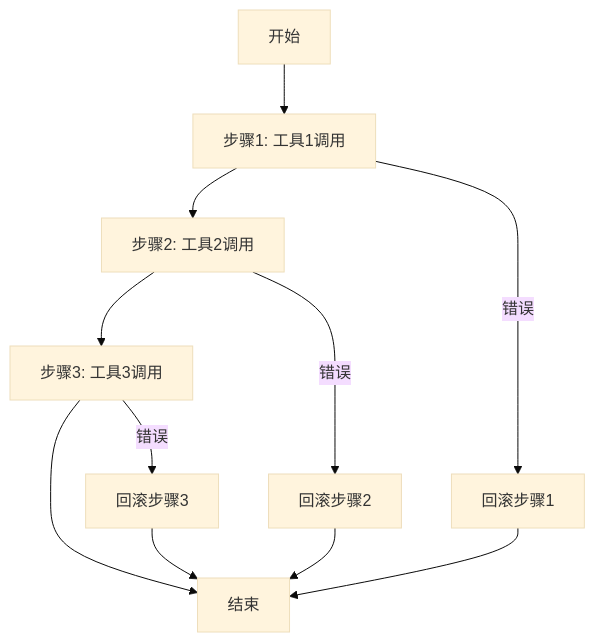
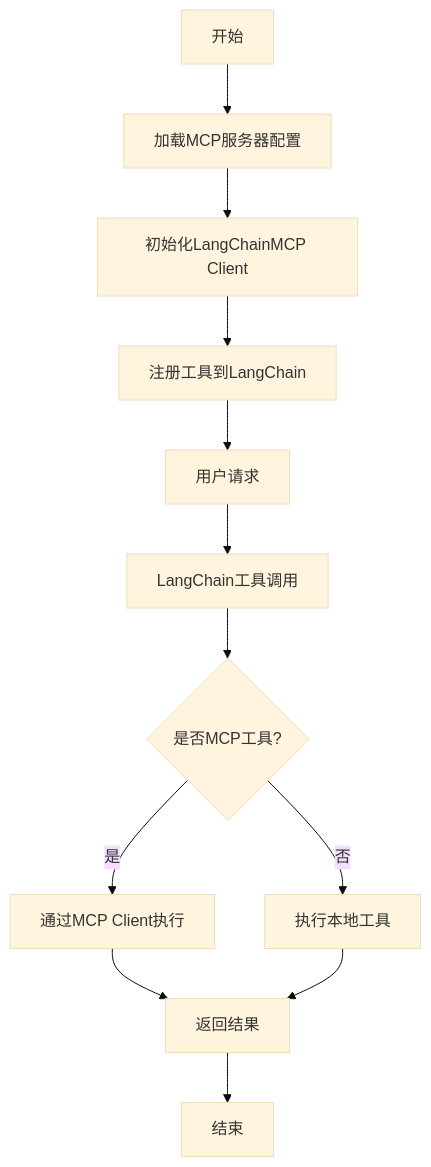
One commit to openbot-coder/openbot changed the fourth of 5 diagrams in docs/design/v0.2.0_design.md. Above: the diagram before and after it, drawn with Mermaid (base theme). The commit also changed other lines of this file and 105 other files, not shown here.

````diff
--- a/docs/design/v0.2.0_design.md
+++ b/docs/design/v0.2.0_design.md
@@ -216,13 +246,14 @@
 ```mermaid
 flowchart TD
-    Start[开始] --> Step1[步骤1: 工具1调用]
-    Step1 --> Step2[步骤2: 工具2调用]
-    Step2 --> Step3[步骤3: 工具3调用]
-    Step3 --> End[结束]
-    Step1 -->|错误| Rollback1[回滚步骤1]
-    Step2 -->|错误| Rollback2[回滚步骤2]
-    Step3 -->|错误| Rollback3[回滚步骤3]
-    Rollback1 --> End
-    Rollback2 --> End
-    Rollback3 --> End
+    Start[开始] --> LoadMCPConfig[加载MCP服务器配置]
+    LoadMCPConfig --> InitMCPClient[初始化LangChainMCP Client]
+    InitMCPClient --> RegisterTools[注册工具到LangChain]
+    RegisterTools --> UserRequest[用户请求]
+    UserRequest --> LangChainCall[LangChain工具调用]
+    LangChainCall --> MCPToolCall{是否MCP工具?}
+    MCPToolCall -->|是| MCPExecute[通过MCP Client执行]
+    MCPToolCall -->|否| LocalTool[执行本地工具]
+    MCPExecute --> Result[返回结果]
+    LocalTool --> Result
+    Result --> End[结束]
 ```
````
